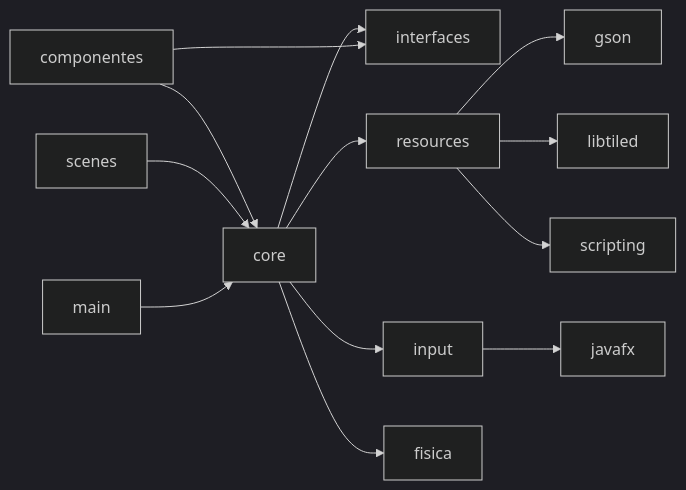
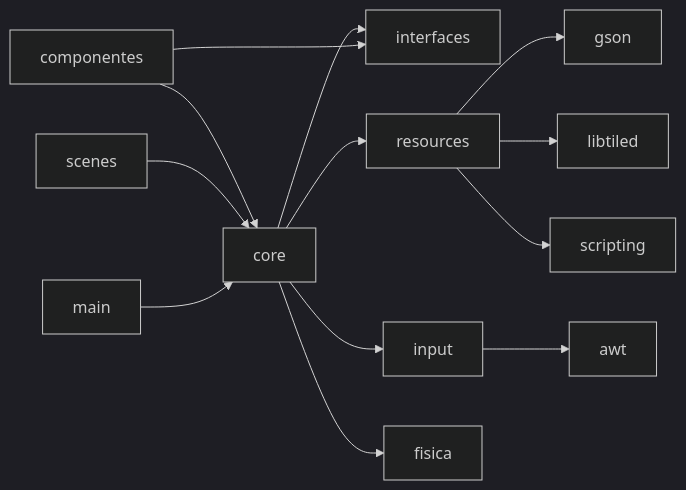
One commit to JunioDutra/enginefx changed the third of 6 diagrams in Project_Architecture_Blueprint.md. Above: the diagram before and after it, drawn with Mermaid (dark theme). The commit also changed other lines of this file and 43 other files, not shown here.

First line of the commit message:
Refactor graphics and input handling; replace JavaFX with AWT/Swing

````diff
--- a/Project_Architecture_Blueprint.md
+++ b/Project_Architecture_Blueprint.md
@@ -90,15 +90,15 @@
 ```mermaid
 flowchart LR
     main --> core
     scenes --> core
     componentes --> core
     componentes --> interfaces
-    input --> javafx
+    input --> awt
     core --> resources
     core --> input
     core --> interfaces
     core --> fisica
     resources --> gson
     resources --> libtiled
     resources --> scripting
 ```
````
